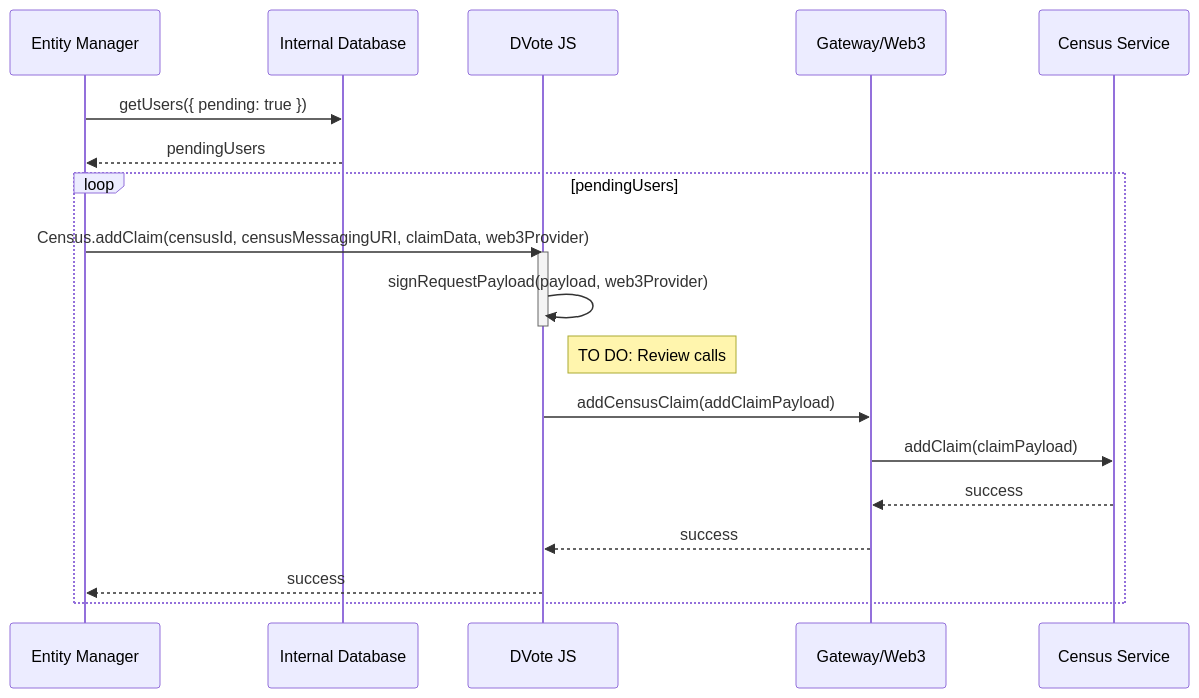
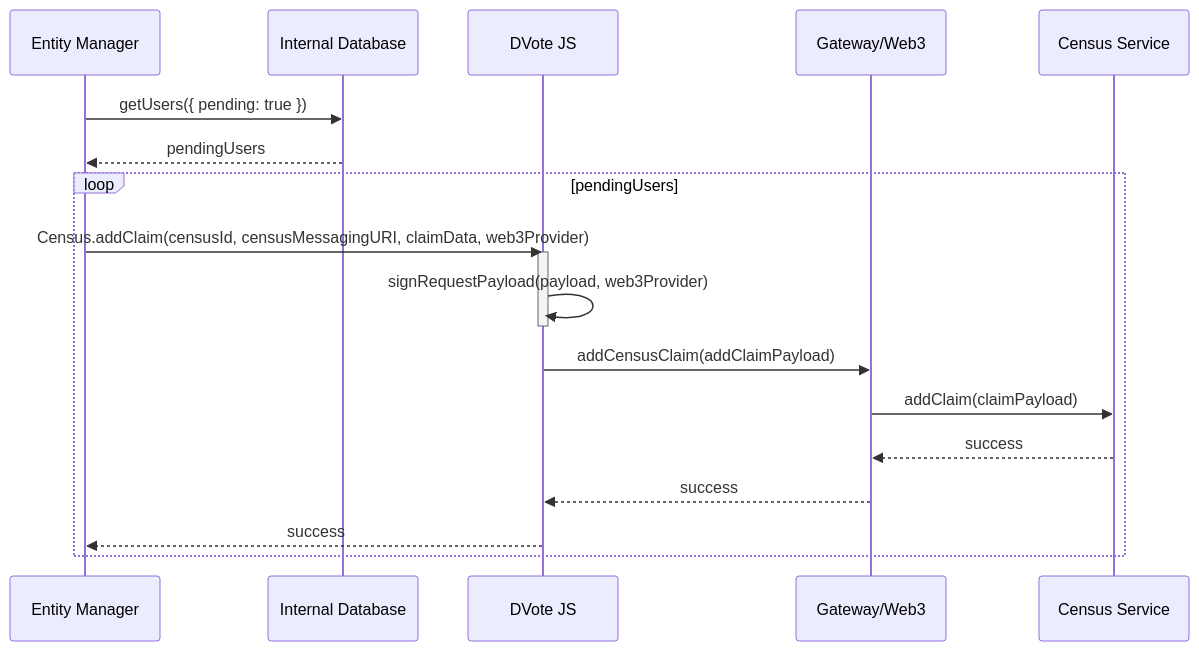
Before and after one commit to vocdoni/docs: the third of 12 diagrams in docs/architecture/sequence-diagrams.md, drawn with Mermaid. The commit also changed other lines of this file and 2 other files, not shown here.

Commit message:
Sequence diagrams work in progress

````diff
--- a/docs/architecture/sequence-diagrams.md
+++ b/docs/architecture/sequence-diagrams.md
@@ -292,26 +111,24 @@
 ```mermaid
 sequenceDiagram
     participant PM as Entity Manager
     participant DB as Internal Database
     participant DV as DVote JS
     participant GW as Gateway/Web3
     participant CS as Census Service
 
     PM->>DB: getUsers({ pending: true })
     DB-->>PM: pendingUsers
 
     loop pendingUsers
         PM->>DV: Census.addClaim(censusId, censusMessagingURI, claimData, web3Provider)
             activate DV
                 DV->>DV: signRequestPayload(payload, web3Provider)
             deactivate DV
 
-            Note right of DV: TO DO: Review calls
-
             DV->>GW: addCensusClaim(addClaimPayload)
                 GW->>CS: addClaim(claimPayload)
                 CS-->>GW: success
             GW-->>DV: success
         DV-->>PM: success
     end
 ```
````
